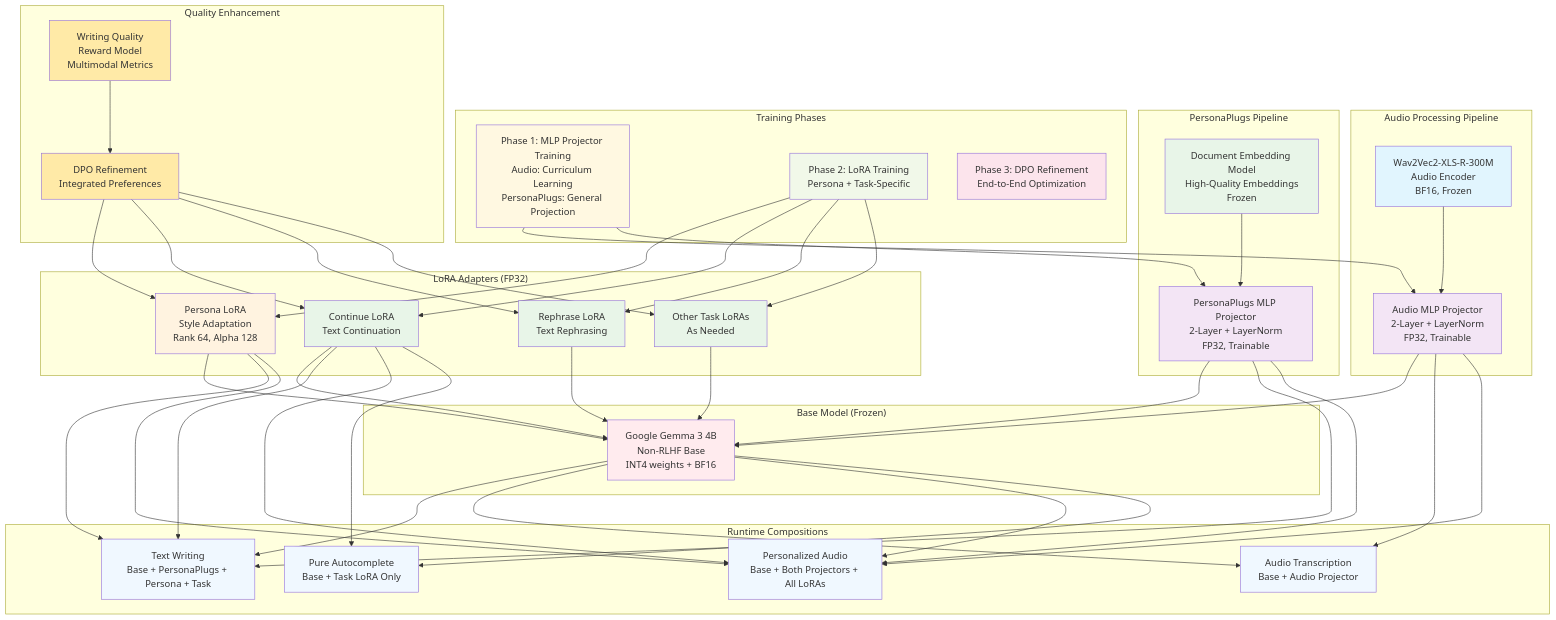
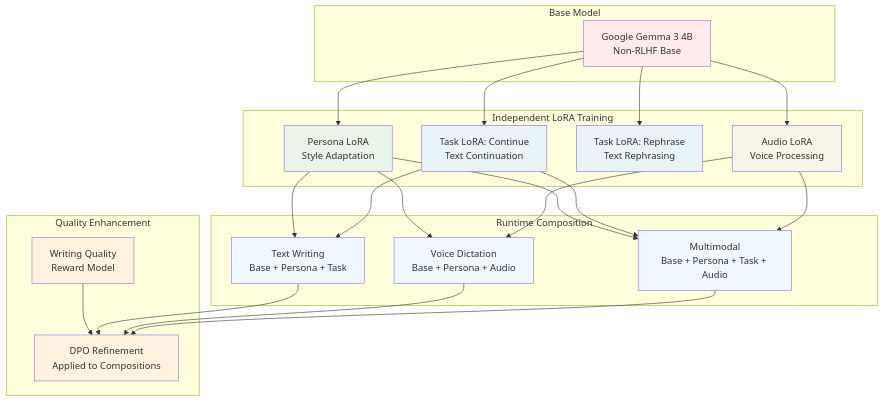
One commit to vladkalinichencko/Killah-Prototype changed the first of 2 diagrams in Documents/llm.md. Above: the diagram before and after it, drawn with Mermaid. The commit also changed other lines of this file and 31 other files, not shown here.

````diff
--- a/Documents/llm.md
+++ b/Documents/llm.md
@@ -225,100 +175,54 @@
 ```mermaid
 graph TB
-    subgraph "Base Model (Frozen)"
-        G[Google Gemma 3 4B<br/>Non-RLHF Base<br/>INT4 weights + BF16]
+    subgraph "Base Model"
+        G[Google Gemma 3 4B<br/>Non-RLHF Base]
         style G fill:#ffebee
     end
     
-    subgraph "Audio Processing Pipeline"
-        AE[Wav2Vec2-XLS-R-300M<br/>Audio Encoder<br/>BF16, Frozen]
-        AMP[Audio MLP Projector<br/>2-Layer + LayerNorm<br/>FP32, Trainable]
-        style AE fill:#e1f5fe
-        style AMP fill:#f3e5f5
+    subgraph "Independent LoRA Training"
+        P[Persona LoRA<br/>Style Adaptation]
+        T1[Task LoRA: Continue<br/>Text Continuation]
+        T2[Task LoRA: Rephrase<br/>Text Rephrasing]
+        A[Audio LoRA<br/>Voice Processing]
+        style P fill:#e8f5e8
+        style T1 fill:#e8f4f8
+        style T2 fill:#e8f4f8
+        style A fill:#f8f4e8
     end
     
-    subgraph "PersonaPlugs Pipeline"
-        EE[Document Embedding Model<br/>High-Quality Embeddings<br/>Frozen]
-        PMP[PersonaPlugs MLP Projector<br/>2-Layer + LayerNorm<br/>FP32, Trainable]
-        style EE fill:#e8f5e8
-        style PMP fill:#f3e5f5
-    end
-    
-    subgraph "Training Phases"
-        P1[Phase 1: MLP Projector Training<br/>Audio: Curriculum Learning<br/>PersonaPlugs: General Projection]
-        P2[Phase 2: LoRA Training<br/>Persona + Task-Specific]
-        P3[Phase 3: DPO Refinement<br/>End-to-End Optimization]
-        style P1 fill:#fff8e1
-        style P2 fill:#f1f8e9
-        style P3 fill:#fce4ec
-    end
-    
-    subgraph "LoRA Adapters (FP32)"
-        PL[Persona LoRA<br/>Style Adaptation<br/>Rank 64, Alpha 128]
-        TL1[Continue LoRA<br/>Text Continuation]
-        TL2[Rephrase LoRA<br/>Text Rephrasing]
-        TL3[Other Task LoRAs<br/>As Needed]
-        style PL fill:#fff3e0
-        style TL1 fill:#e8f5e8
-        style TL2 fill:#e8f5e8
-        style TL3 fill:#e8f5e8
-    end
-    
-    subgraph "Runtime Compositions"
-        C1[Text Writing<br/>Base + PersonaPlugs + Persona + Task]
-        C2[Audio Transcription<br/>Base + Audio Projector]
-        C3[Personalized Audio<br/>Base + Both Projectors + All LoRAs]
-        C4[Pure Autocomplete<br/>Base + Task LoRA Only]
+    subgraph "Runtime Composition"
+        C1[Text Writing<br/>Base + Persona + Task]
+        C2[Voice Dictation<br/>Base + Persona + Audio]
+        C3[Multimodal<br/>Base + Persona + Task + Audio]
         style C1 fill:#f0f8ff
         style C2 fill:#f0f8ff
         style C3 fill:#f0f8ff
-        style C4 fill:#f0f8ff
     end
     
     subgraph "Quality Enhancement"
-        W[Writing Quality<br/>Reward Model<br/>Multimodal Metrics]
-        D[DPO Refinement<br/>Integrated Preferences]
-        style W fill:#ffeaa7
-        style D fill:#ffeaa7
+        W[Writing Quality<br/>Reward Model]
+        D[DPO Refinement<br/>Applied to Compositions]
+        style W fill:#fff3e0
+        style D fill:#fff3e0
     end
     
-    AE --> AMP
-    EE --> PMP
+    G --> P
+    G --> T1
+    G --> T2
+    G --> A
     
-    P1 --> AMP
-    P1 --> PMP
-    P2 --> PL
-    P2 --> TL1
-    P2 --> TL2
-    P2 --> TL3
+    P --> C1
+    T1 --> C1
     
-    AMP --> G
-    PMP --> G
-    PL --> G
-    TL1 --> G
-    TL2 --> G
-    TL3 --> G
+    P --> C2
+    A --> C2
     
-    G --> C1
-    G --> C2
-    G --> C3
-    G --> C4
-    
-    PMP --> C1
-    PL --> C1
-    TL1 --> C1
-    
-    AMP --> C2
-    
-    AMP --> C3
-    PMP --> C3
-    PL --> C3
-    TL1 --> C3
-    
-    TL1 --> C4
+    P --> C3
+    T1 --> C3
+    A --> C3
     
     W --> D
-    D --> PL
-    D --> TL1
-    D --> TL2
-    D --> TL3
+    C1 --> D
+    C2 --> D
+    C3 --> D
 ```
````
